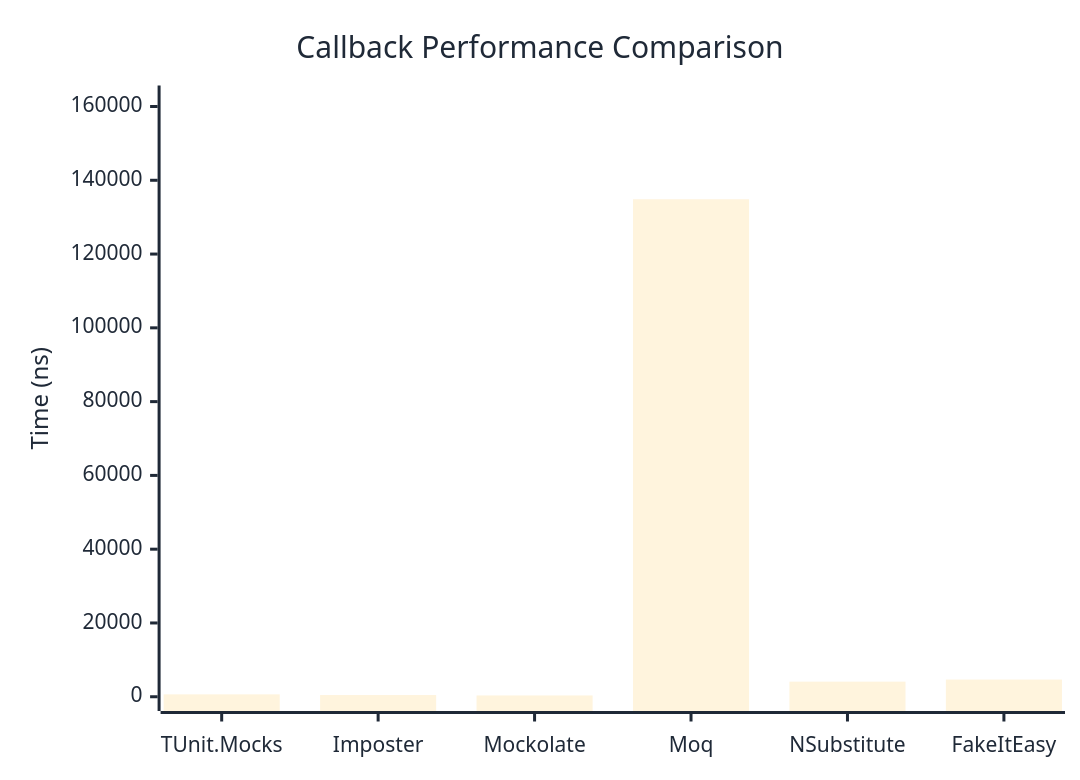
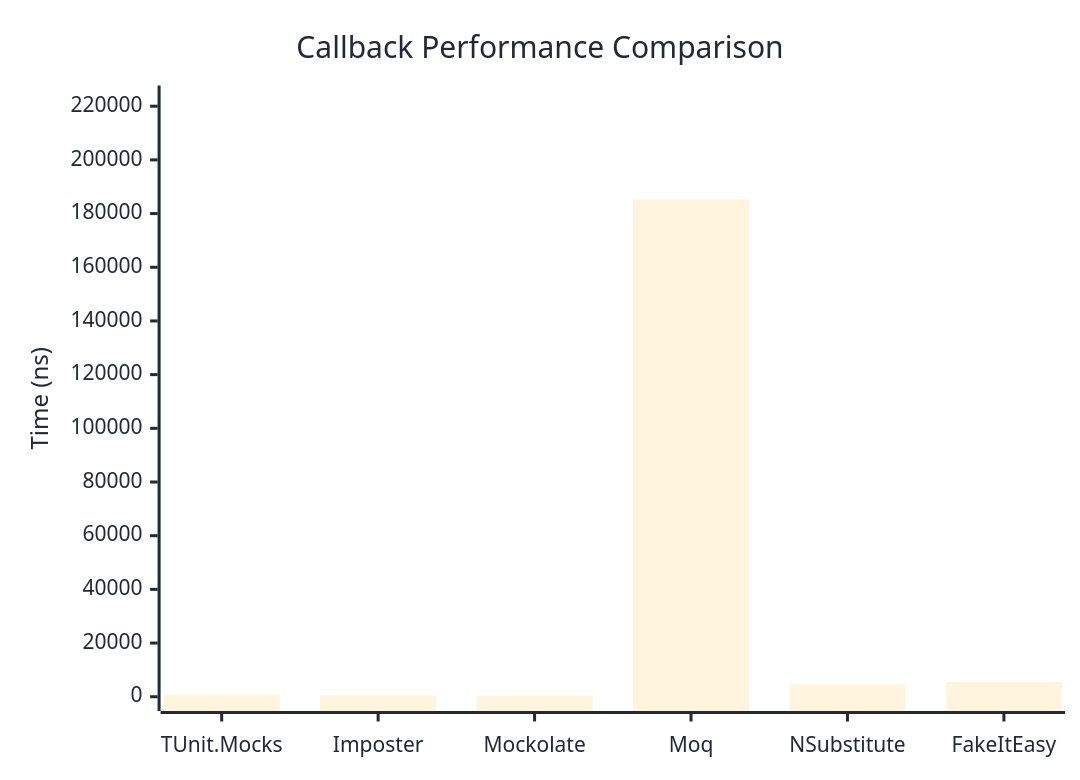
One commit to thomhurst/TUnit changed the first of 2 diagrams in docs/docs/benchmarks/mocks/Callback.md. Above: the diagram before and after it, drawn with Mermaid. The commit also changed other lines of this file and 14 other files, not shown here.

````diff
--- a/docs/docs/benchmarks/mocks/Callback.md
+++ b/docs/docs/benchmarks/mocks/Callback.md
@@ -30,27 +30,27 @@
 ```mermaid
 %%{init: {
   'theme':'base',
   'themeVariables': {
     'primaryColor': '#2563eb',
     'primaryTextColor': '#1f2937',
     'primaryBorderColor': '#1e40af',
     'lineColor': '#6b7280',
     'secondaryColor': '#7c3aed',
     'tertiaryColor': '#dc2626',
     'background': '#ffffff',
     'pie1': '#2563eb',
     'pie2': '#7c3aed',
     'pie3': '#dc2626',
     'pie4': '#f59e0b',
     'pie5': '#10b981',
     'pie6': '#06b6d4',
     'pie7': '#ec4899',
     'pie8': '#6366f1'
   }
 }}%%
 xychart-beta
   title "Callback Performance Comparison"
   x-axis ["TUnit.Mocks", "Imposter", "Mockolate", "Moq", "NSubstitute", "FakeItEasy"]
-  y-axis "Time (ns)" 0 --> 161830
-  bar [650.9, 464.6, 352.1, 134857.9, 4092.1, 4659.7]
+  y-axis "Time (ns)" 0 --> 222406
+  bar [747.3, 493.7, 402.3, 185338.2, 4580.6, 5464.3]
 ```
````
